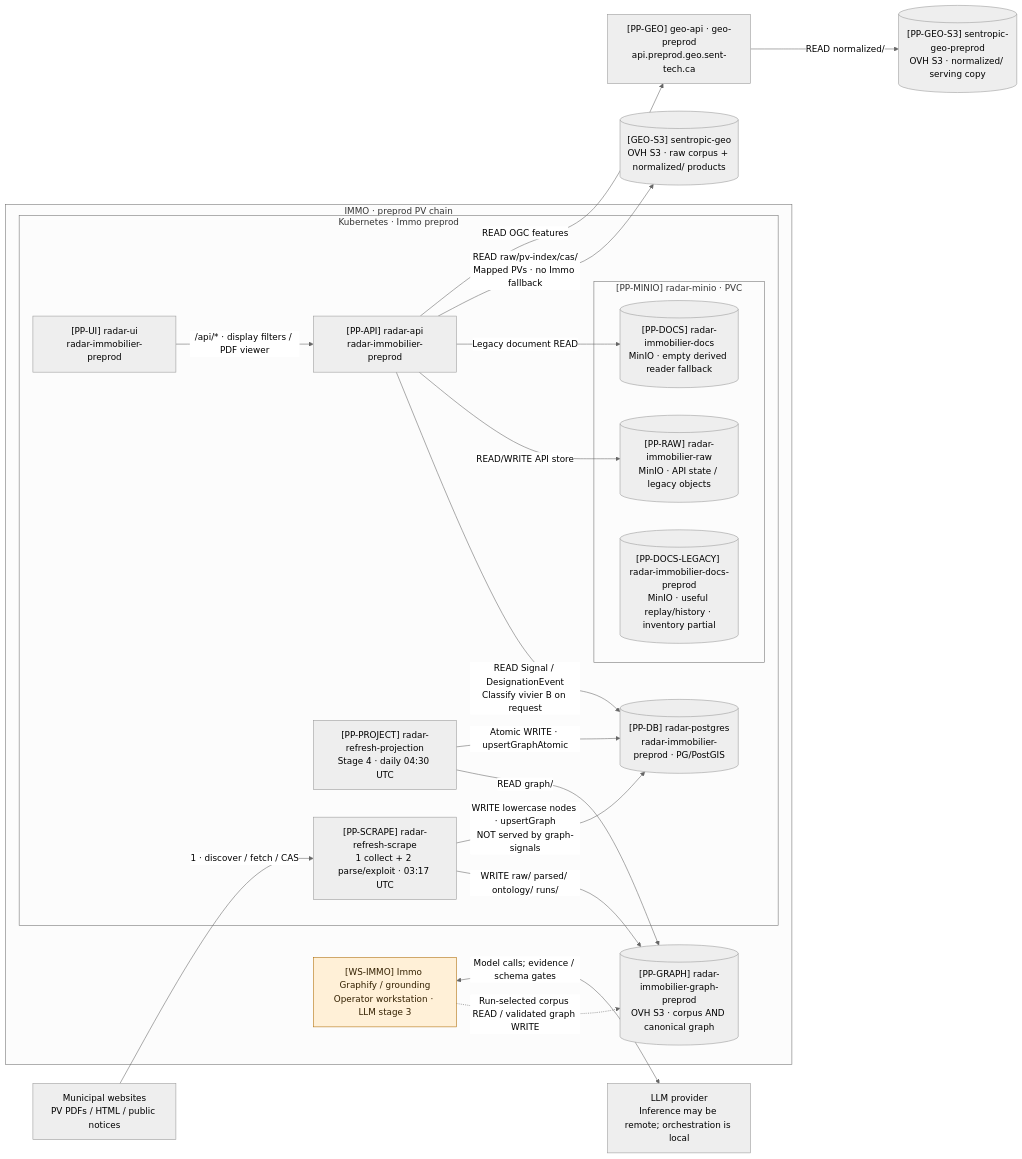
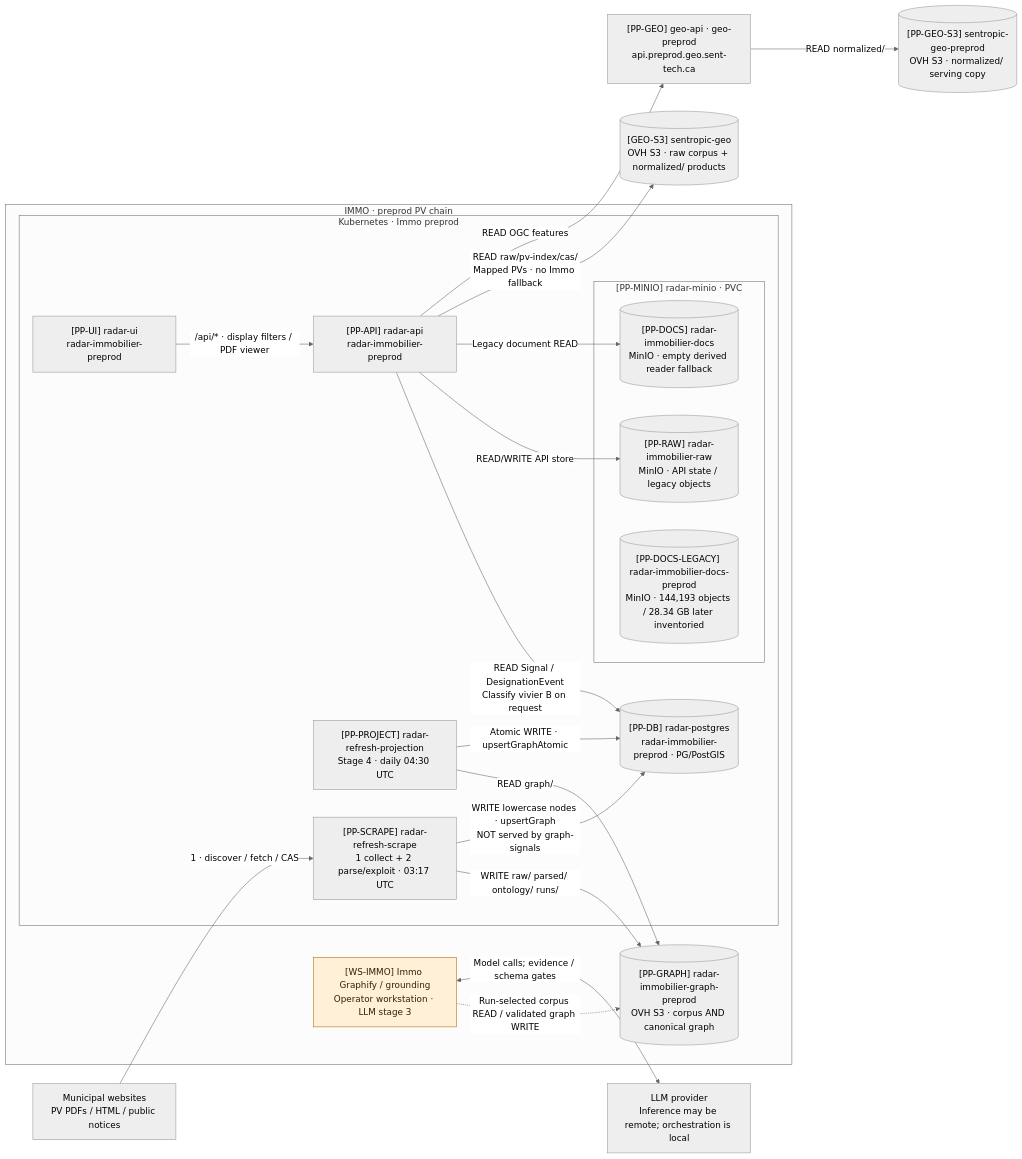
Before and after one commit to rhanka/radar-immobilier: the second of 4 diagrams in docs/architecture.md, drawn with Mermaid (neutral theme). The commit also changed other lines of this file and 2 other files, not shown here.

Commit message:
docs(architecture): record effective migration state

````diff
--- a/docs/architecture.md
+++ b/docs/architecture.md
@@ -124,40 +145,40 @@
 ```mermaid
 flowchart LR
   websites["Municipal websites<br/>PV PDFs / HTML / public notices"]
   provider["LLM provider<br/>Inference may be remote; orchestration is local"]
   subgraph immo["IMMO · preprod PV chain"]
   subgraph deterministic["Kubernetes · Immo preprod"]
     PP_SCRAPE["[PP-SCRAPE] radar-refresh-scrape<br/>1 collect + 2 parse/exploit · 03:17 UTC"]
     PP_PROJECT["[PP-PROJECT] radar-refresh-projection<br/>Stage 4 · daily 04:30 UTC"]
     PP_DB[("[PP-DB] radar-postgres<br/>radar-immobilier-preprod · PG/PostGIS")]
     PP_API["[PP-API] radar-api<br/>radar-immobilier-preprod"]
     PP_UI["[PP-UI] radar-ui<br/>radar-immobilier-preprod"]
     subgraph ppminio["[PP-MINIO] radar-minio · PVC"]
       PP_RAW[("[PP-RAW] radar-immobilier-raw<br/>MinIO · API state / legacy objects")]
       PP_DOCS[("[PP-DOCS] radar-immobilier-docs<br/>MinIO · empty derived reader fallback")]
-      PP_DOCS_LEGACY[("[PP-DOCS-LEGACY] radar-immobilier-docs-preprod<br/>MinIO · useful replay/history · inventory partial")]
+      PP_DOCS_LEGACY[("[PP-DOCS-LEGACY] radar-immobilier-docs-preprod<br/>MinIO · 144,193 objects / 28.34 GB later inventoried")]
     end
   end
   WS_IMMO["[WS-IMMO] Immo Graphify / grounding<br/>Operator workstation · LLM stage 3"]
   PP_GRAPH[("[PP-GRAPH] radar-immobilier-graph-preprod<br/>OVH S3 · corpus AND canonical graph")]
   end
   PP_GEO["[PP-GEO] geo-api · geo-preprod<br/>api.preprod.geo.sent-tech.ca"]
   PP_GEO_S3[("[PP-GEO-S3] sentropic-geo-preprod<br/>OVH S3 · normalized/ serving copy")]
   GEO_S3[("[GEO-S3] sentropic-geo<br/>OVH S3 · raw corpus + normalized/ products")]
   websites -->|"1 · discover / fetch / CAS"| PP_SCRAPE
   PP_SCRAPE -->|"WRITE raw/ parsed/ ontology/ runs/"| PP_GRAPH
   PP_SCRAPE -->|"WRITE lowercase nodes · upsertGraph<br/>NOT served by graph-signals"| PP_DB
   WS_IMMO -.->|"Run-selected corpus READ / validated graph WRITE"| PP_GRAPH
   WS_IMMO <-->|"Model calls; evidence / schema gates"| provider
   PP_PROJECT -->|"READ graph/"| PP_GRAPH
   PP_PROJECT -->|"Atomic WRITE · upsertGraphAtomic"| PP_DB
   PP_API -->|"READ Signal / DesignationEvent<br/>Classify vivier B on request"| PP_DB
   PP_UI -->|"/api/* · display filters / PDF viewer"| PP_API
   PP_API -->|"READ/WRITE API store"| PP_RAW
   PP_API -->|"Legacy document READ"| PP_DOCS
   PP_API -->|"READ raw/pv-index/cas/<br/>Mapped PVs · no Immo fallback"| GEO_S3
   PP_API -->|"READ OGC features"| PP_GEO
   PP_GEO -->|"READ normalized/"| PP_GEO_S3
   classDef local fill:#fff0d7,stroke:#ad6a00,color:#332000;
   class WS_IMMO local;
 ```
````
